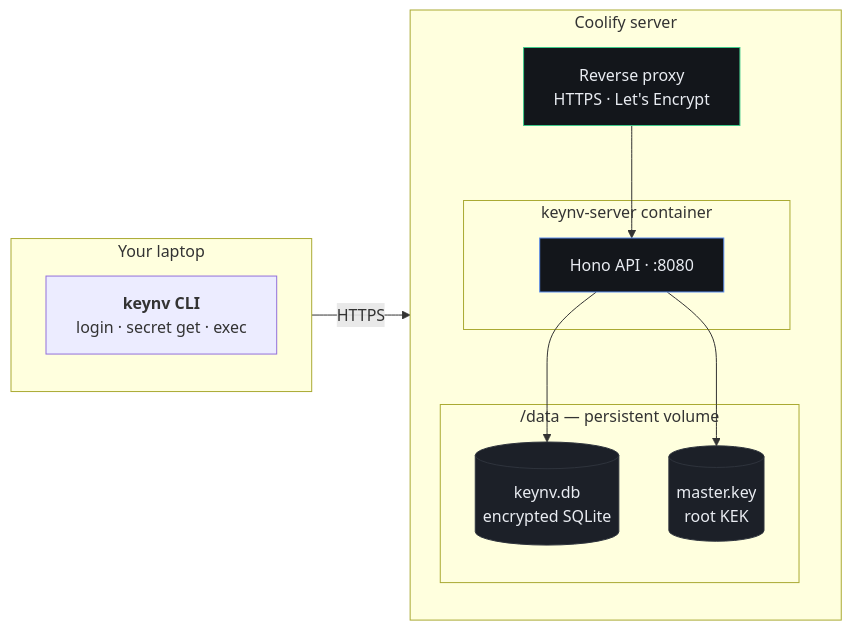
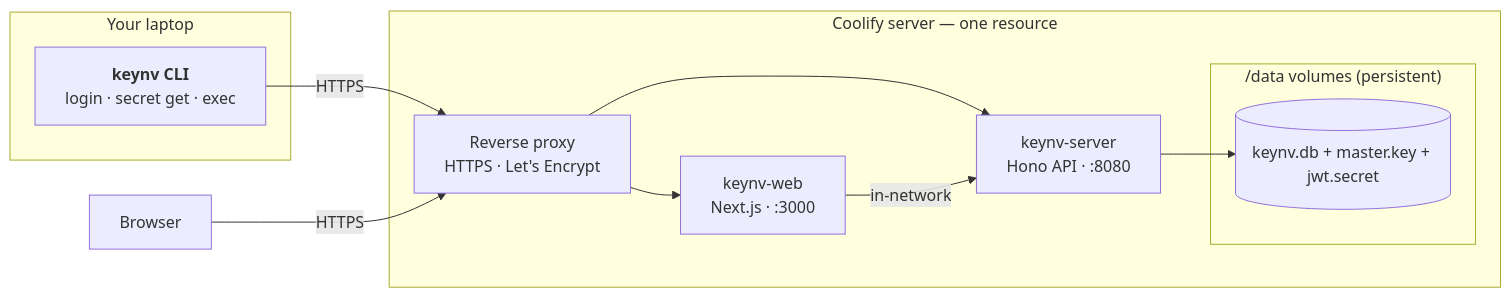
Before and after one commit to keynv-labs/keynv: the diagram in deploy/COOLIFY.md, drawn with Mermaid. The commit also changed other lines of this file and 17 other files, not shown here.

````diff
--- a/deploy/COOLIFY.md
+++ b/deploy/COOLIFY.md
@@ -21,31 +21,20 @@
 ```mermaid
 flowchart LR
   subgraph Laptop["Your laptop"]
-    direction TB
     CLI["<b>keynv CLI</b><br/>login · secret get · exec"]
   end
 
-  subgraph Coolify["Coolify server"]
-    direction TB
+  subgraph Coolify["Coolify server — one resource"]
     Proxy["Reverse proxy<br/>HTTPS · Let's Encrypt"]
-    subgraph Container["keynv-server container"]
-      API["Hono API · :8080"]
-    end
-    subgraph Vol["/data — persistent volume"]
-      DB[("keynv.db<br/>encrypted SQLite")]
-      Key[("master.key<br/>root KEK")]
+    Web["keynv-web<br/>Next.js · :3000"]
+    API["keynv-server<br/>Hono API · :8080"]
+    subgraph Vol["/data volumes (persistent)"]
+      DB[("keynv.db + master.key + jwt.secret")]
     end
   end
 
-  CLI -- HTTPS --> Proxy
-  Proxy --> API
+  CLI -- HTTPS --> Proxy --> API
+  Browser["Browser"] -- HTTPS --> Proxy --> Web
+  Web -- in-network --> API
   API --> DB
-  API --> Key
-
-  classDef vol fill:#1c2028,stroke:#2f343d,color:#e9ecf2
-  classDef api fill:#13161b,stroke:#5b8def,color:#e9ecf2
-  classDef proxy fill:#13161b,stroke:#3ec98a,color:#e9ecf2
-  class DB,Key vol
-  class API api
-  class Proxy proxy
 ```
````
